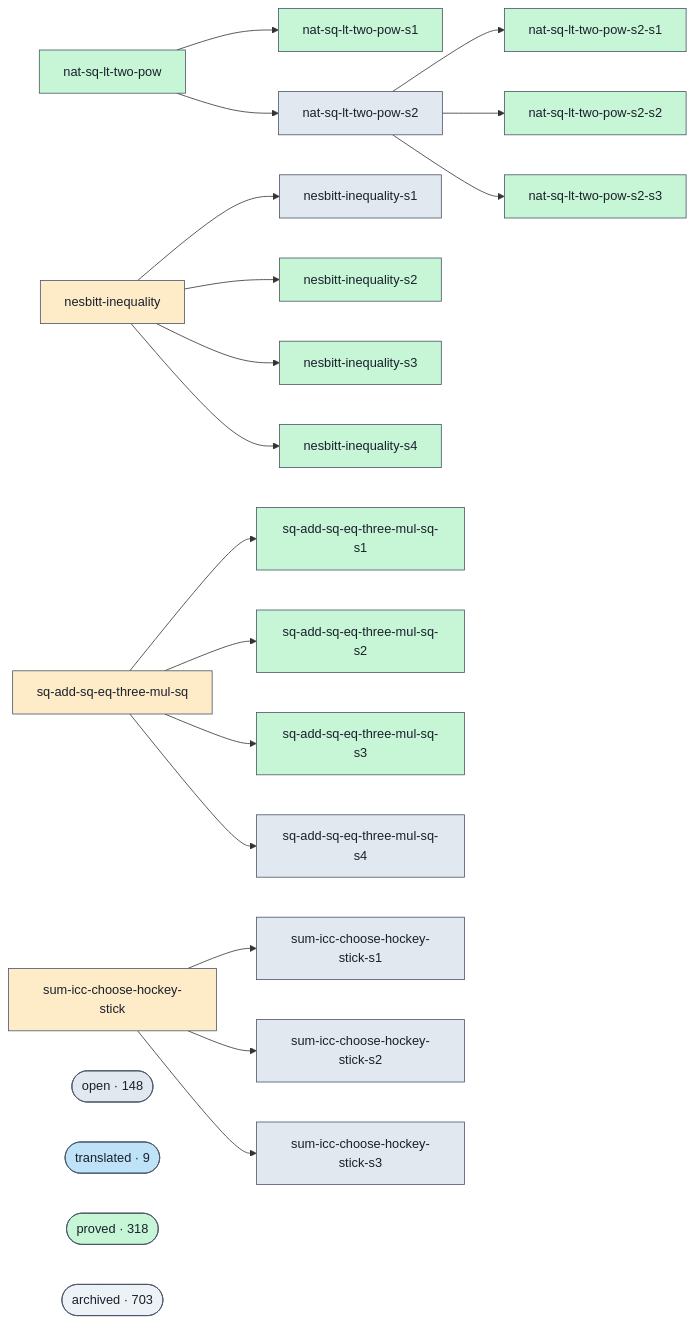
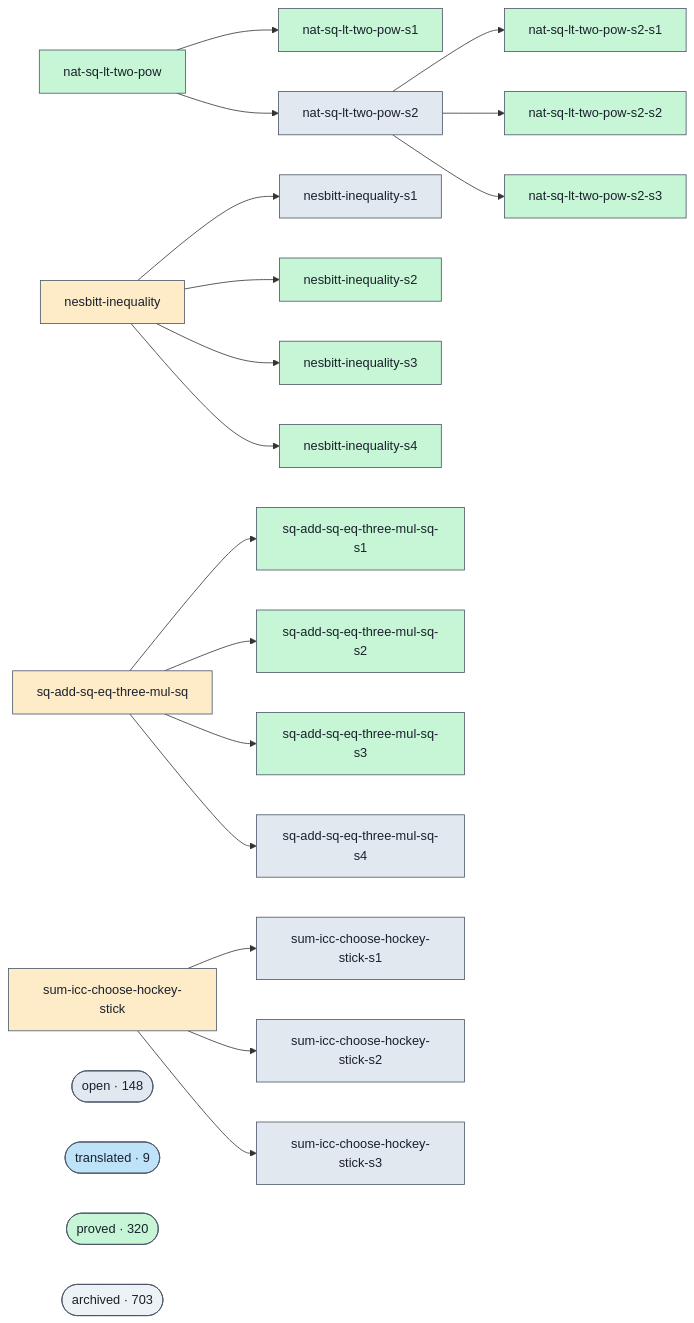
The diagram in docs/proofs-contributors-visualisation.md (ohdearquant/unsorry), drawn with Mermaid before and after one commit. The commit also changed other lines of this file and 2 other files, not shown here.

```diff
--- a/docs/proofs-contributors-visualisation.md
+++ b/docs/proofs-contributors-visualisation.md
@@ -102,7 +102,7 @@
   class cluster_open open;
   cluster_translated(["translated · 9"])
   class cluster_translated translated;
-  cluster_proved(["proved · 318"])
+  cluster_proved(["proved · 320"])
   class cluster_proved proved;
   cluster_archived(["archived · 703"])
   class cluster_archived unknown;
```
